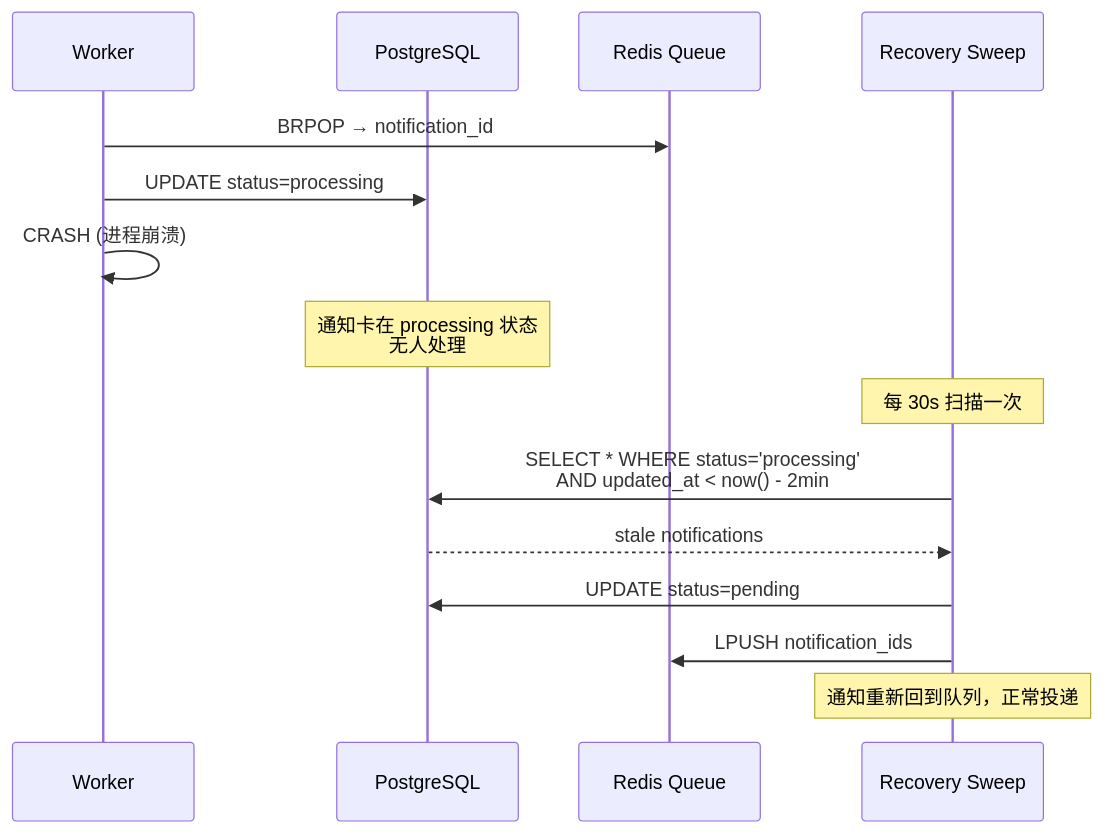
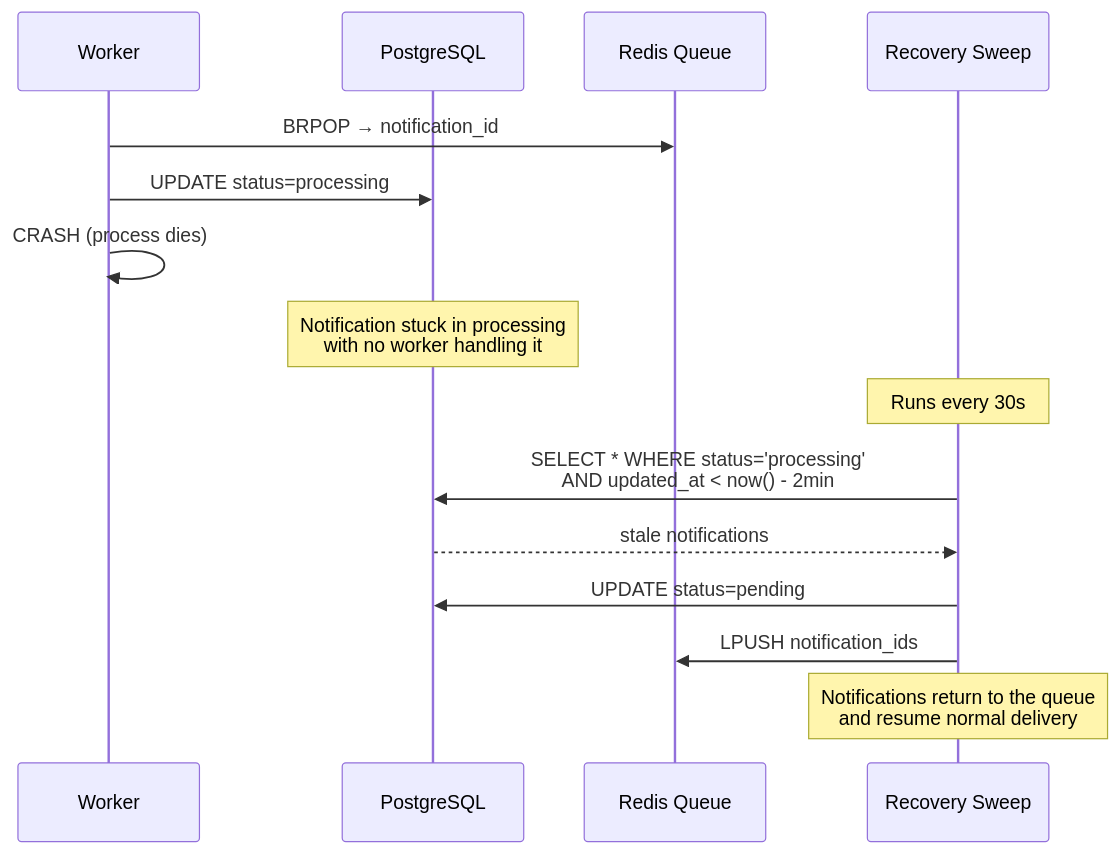
The fifth of 8 diagrams in design.md (Alex200411/notify-service), drawn with Mermaid before and after one commit. The commit also changed other lines of this file, not shown here.

````diff
--- a/design.md
+++ b/design.md
@@ -119,19 +119,19 @@
 ```mermaid
 sequenceDiagram
     participant W as Worker
     participant DB as PostgreSQL
     participant Q as Redis Queue
     participant RS as Recovery Sweep
 
     W->>Q: BRPOP → notification_id
     W->>DB: UPDATE status=processing
-    W->>W: CRASH (进程崩溃)
-    Note over DB: 通知卡在 processing 状态<br/>无人处理
+    W->>W: CRASH (process dies)
+    Note over DB: Notification stuck in processing<br/>with no worker handling it
 
-    Note over RS: 每 30s 扫描一次
+    Note over RS: Runs every 30s
     RS->>DB: SELECT * WHERE status='processing'<br/>AND updated_at < now() - 2min
     DB-->>RS: stale notifications
     RS->>DB: UPDATE status=pending
     RS->>Q: LPUSH notification_ids
-    Note over RS: 通知重新回到队列，正常投递
+    Note over RS: Notifications return to the queue<br/>and resume normal delivery
 ```
````
